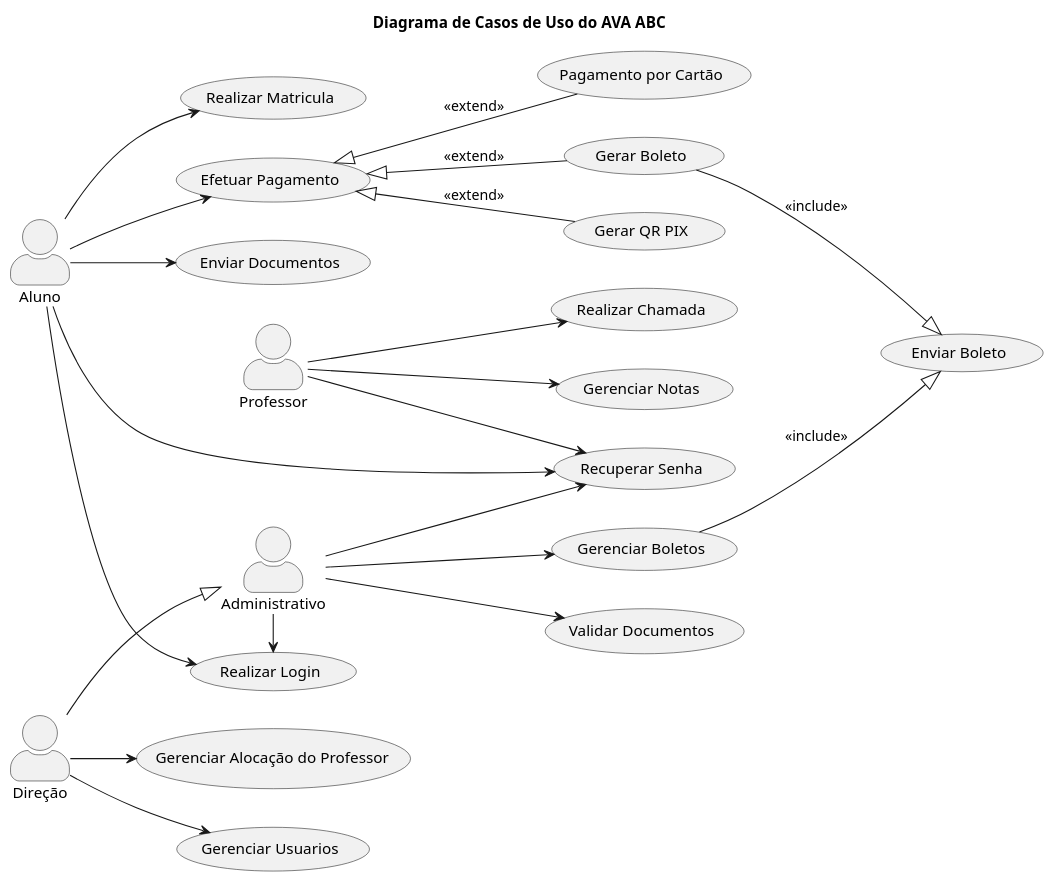
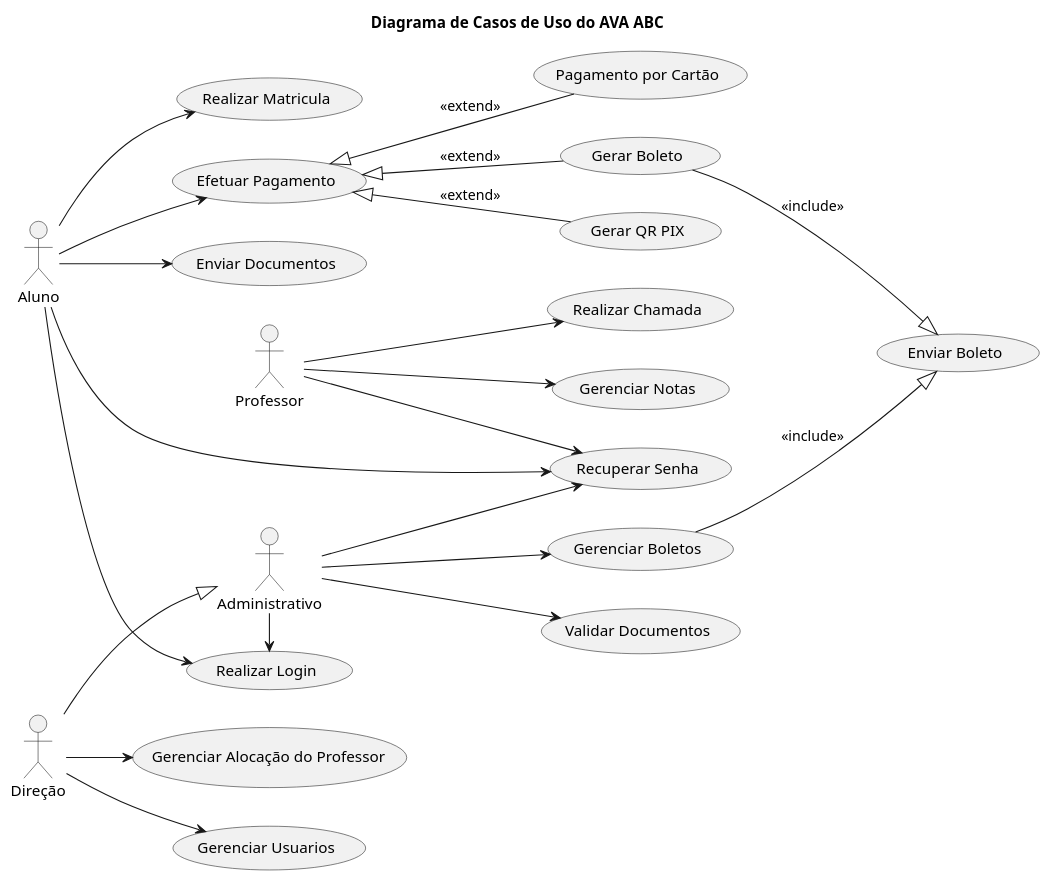
Before and after one commit to PosGraduacaoEquipe7/diagramas-plant-uml: the diagram in modelo-diagrama.puml, drawn with PlantUML.

Commit message:
retornando para ator de palitinho

```diff
--- a/modelo-diagrama.puml
+++ b/modelo-diagrama.puml
@@ -1,37 +1,37 @@
 @startuml
 left to right direction
-skinparam actorStyle awesome
+'skinparam actorStyle awesome
 title Diagrama de Casos de Uso do AVA ABC
 
 actor :Aluno: as A
 actor :Professor: as P
 actor :Administrativo: as Adm
 actor :Direção: as D
 
 A --> (Realizar Login)
 A --> (Realizar Matricula)
 A --> (Efetuar Pagamento)
 A --> (Enviar Documentos)
 A --> (Recuperar Senha)
 
 P --> (Realizar Chamada)
 P --> (Gerenciar Notas)
 P --> (Recuperar Senha)
 Adm --> (Gerenciar Boletos)
 Adm --> (Validar Documentos)
 Adm --> (Recuperar Senha)
 Adm -> (Realizar Login)
 
 D --> (Gerenciar Usuarios)
 D --> (Gerenciar Alocação do Professor)
 D --|> Adm
 
 (Gerenciar Boletos) --|> (Enviar Boleto) : <<include>>
 (Gerar Boleto) --|> (Enviar Boleto) : <<include>>
 
 ' extends include seta -- | >
 (Efetuar Pagamento) <|-- (Gerar QR PIX) : <<extend>>
 (Efetuar Pagamento) <|-- (Gerar Boleto) : <<extend>>
 (Efetuar Pagamento) <|-- (Pagamento por Cartão) : <<extend>>
 
 @enduml
```
